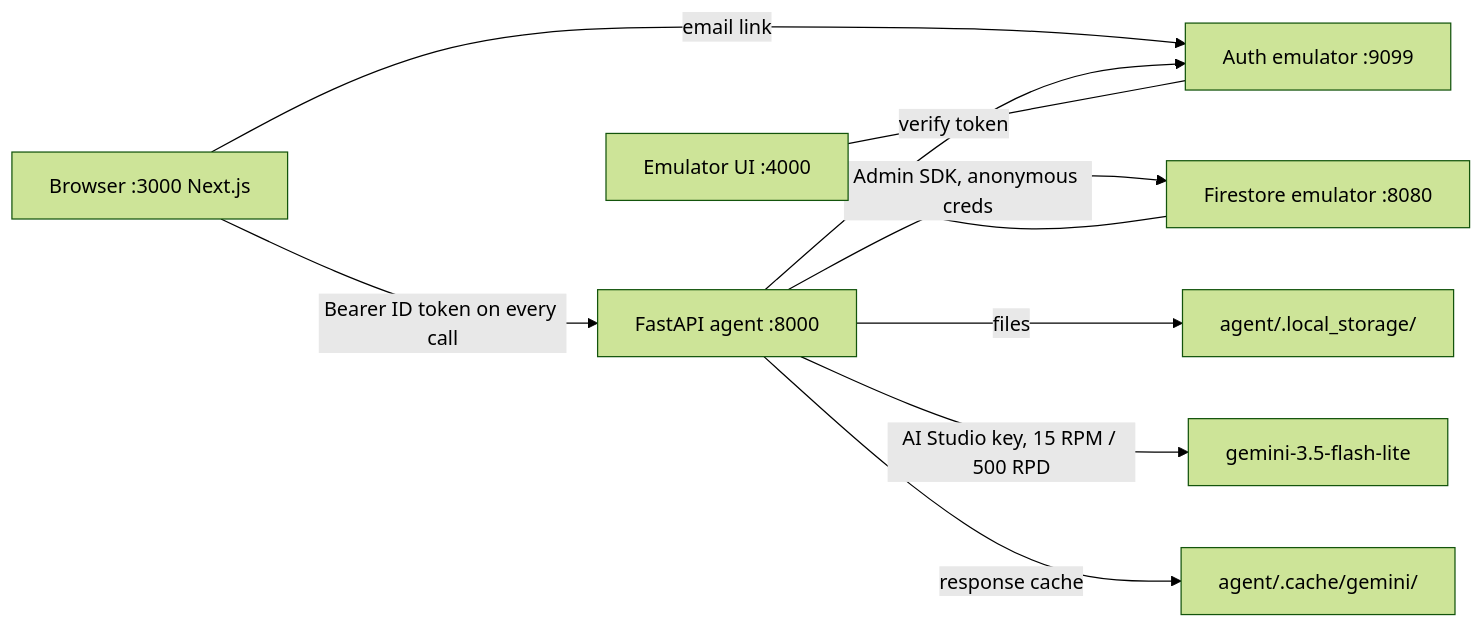
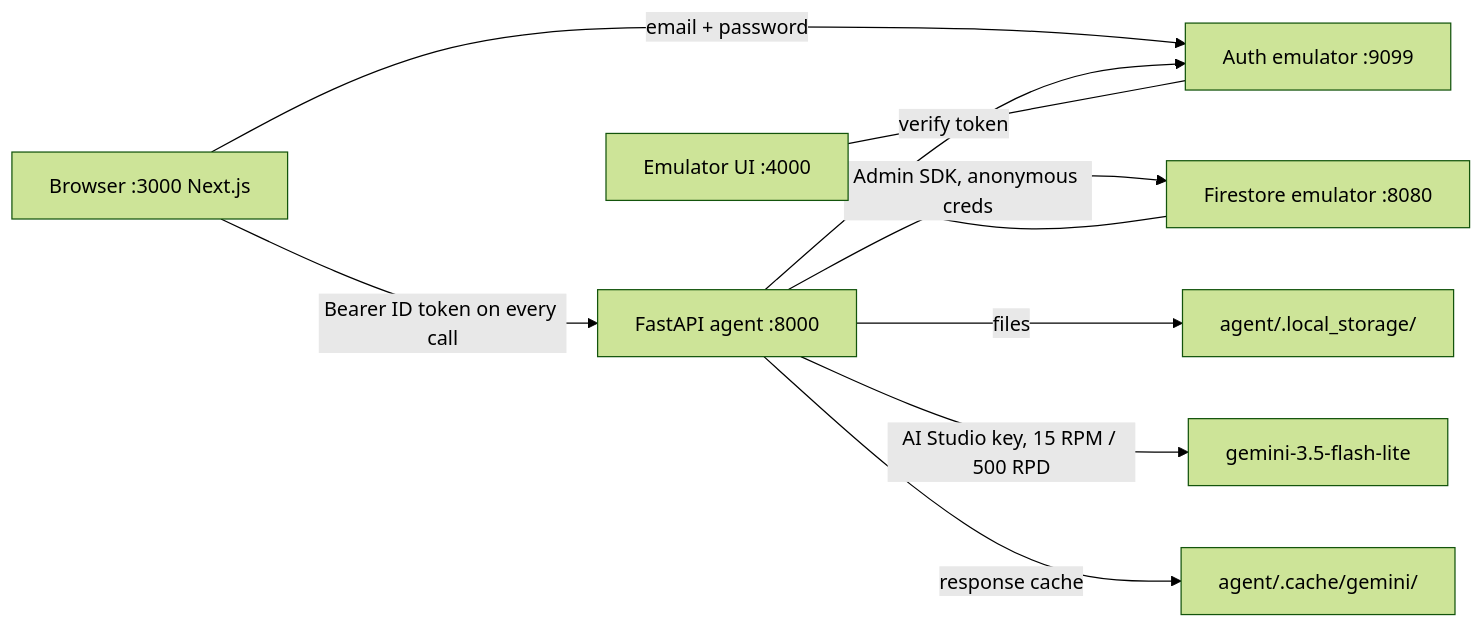
Before and after one commit to sidxh/carbon-accounting: the first of 3 diagrams in TESTING.md, drawn with Mermaid (forest theme). The commit also changed other lines of this file and 12 other files, not shown here.

Commit message:
sign in with email and password: five evaluator accounts, no sign-up, seed script for local and prod

````diff
--- a/TESTING.md
+++ b/TESTING.md
@@ -8,12 +8,12 @@
 ```mermaid
 flowchart LR
     Browser["Browser :3000 Next.js"] -->|"Bearer ID token on every call"| Agent["FastAPI agent :8000"]
-    Browser -->|"email link"| AuthEmu["Auth emulator :9099"]
+    Browser -->|"email + password"| AuthEmu["Auth emulator :9099"]
     Agent -->|"verify token"| AuthEmu
     Agent -->|"Admin SDK, anonymous creds"| FsEmu["Firestore emulator :8080"]
     Agent -->|"files"| Disk["agent/.local_storage/"]
     Agent -->|"AI Studio key, 15 RPM / 500 RPD"| Gemini["gemini-3.5-flash-lite"]
     Agent -->|"response cache"| Cache["agent/.cache/gemini/"]
     EmuUI["Emulator UI :4000"] --- FsEmu
     EmuUI --- AuthEmu
 ```
````
